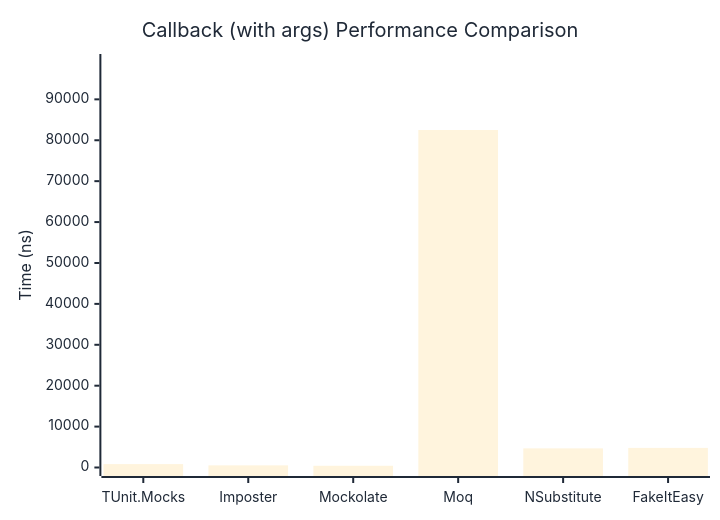
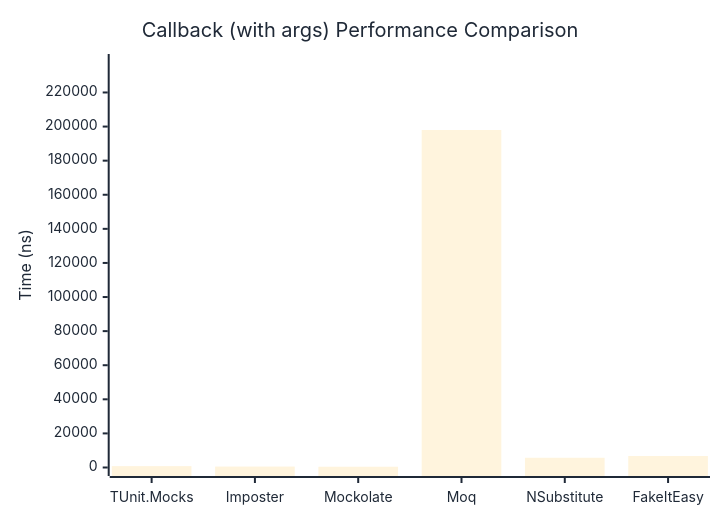
The second of 2 diagrams in docs/docs/benchmarks/mocks/Callback.md (thomhurst/TUnit), drawn with Mermaid before and after one commit. The commit also changed other lines of this file and 14 other files, not shown here.

````diff
--- a/docs/docs/benchmarks/mocks/Callback.md
+++ b/docs/docs/benchmarks/mocks/Callback.md
@@ -71,27 +71,27 @@
 ```mermaid
 %%{init: {
   'theme':'base',
   'themeVariables': {
     'primaryColor': '#2563eb',
     'primaryTextColor': '#1f2937',
     'primaryBorderColor': '#1e40af',
     'lineColor': '#6b7280',
     'secondaryColor': '#7c3aed',
     'tertiaryColor': '#dc2626',
     'background': '#ffffff',
     'pie1': '#2563eb',
     'pie2': '#7c3aed',
     'pie3': '#dc2626',
     'pie4': '#f59e0b',
     'pie5': '#10b981',
     'pie6': '#06b6d4',
     'pie7': '#ec4899',
     'pie8': '#6366f1'
   }
 }}%%
 xychart-beta
   title "Callback (with args) Performance Comparison"
   x-axis ["TUnit.Mocks", "Imposter", "Mockolate", "Moq", "NSubstitute", "FakeItEasy"]
-  y-axis "Time (ns)" 0 --> 99009
-  bar [827, 523.2, 423.8, 82506.9, 4676.4, 4793.4]
+  y-axis "Time (ns)" 0 --> 237583
+  bar [807.5, 547.1, 444.7, 197985.6, 5714.8, 6744.8]
 ```
````
